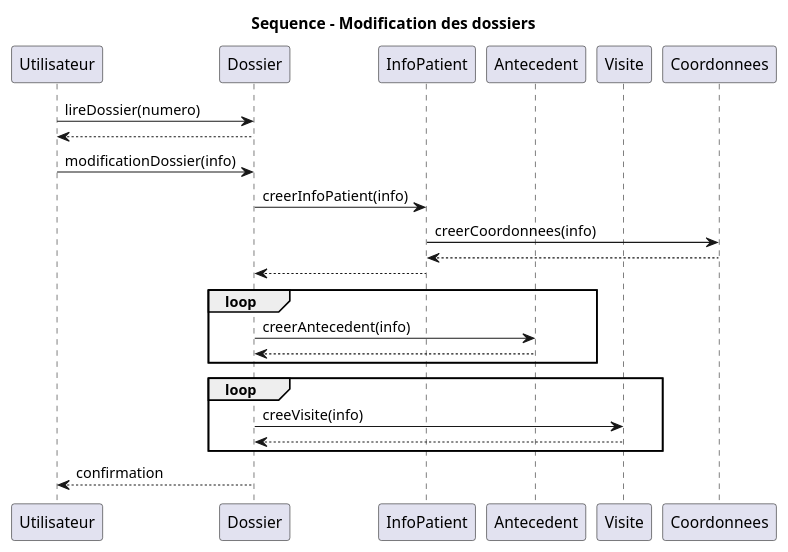
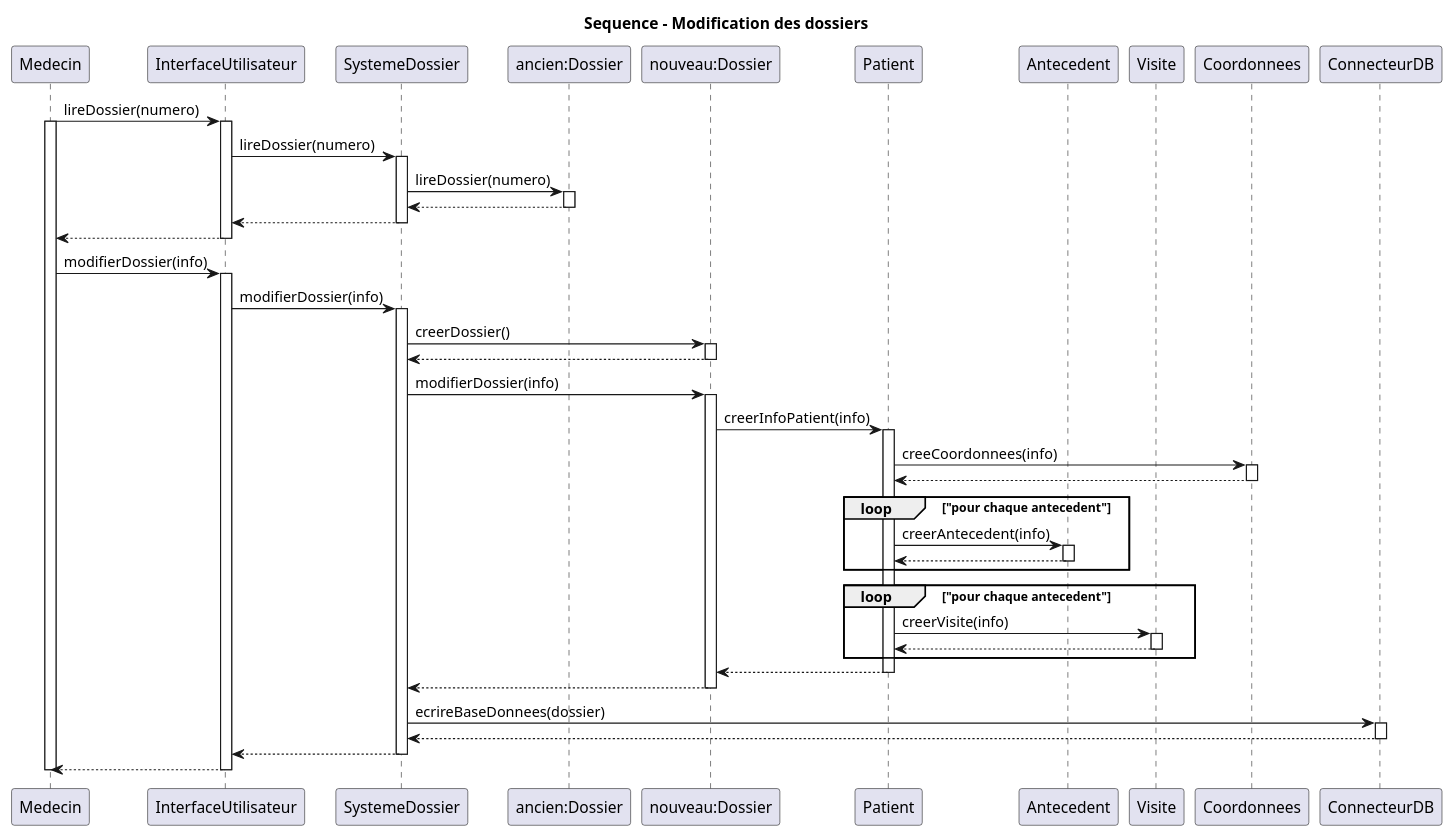
Before and after one commit to vbrayuqam/projet-genielog: the diagram in sequenceModificationDossier.puml, drawn with PlantUML. The commit also changed 1 other file, not shown here.

```diff
--- a/sequenceModificationDossier.puml
+++ b/sequenceModificationDossier.puml
@@ -1,29 +1,75 @@
 @startuml sequenceModificationPatient
 
 title Sequence - Modification des dossiers
 
-participant Utilisateur as U
-participant Dossier as D
-participant InfoPatient as I
+participant Medecin as M
+participant InterfaceUtilisateur as U
+participant SystemeDossier as S
+participant "ancien:Dossier" as D
+participant "nouveau:Dossier" as D2
+participant Patient as P
 participant Antecedent as A
 participant Visite as V
 participant Coordonnees as C
+participant ConnecteurDB as DB
 
-U -> D: lireDossier(numero)
-D --> U
-U -> D: modificationDossier(info)
-D -> I: creerInfoPatient(info)
-I -> C: creerCoordonnees(info)
-C --> I
-I --> D
-loop
-    D -> A: creerAntecedent(info)
-    A --> D
-end
-loop
-    D -> V: creeVisite(info)
-    V --> D
-end
-D --> U: confirmation
+
+M -> U: lireDossier(numero)
+activate M
+activate U
+U -> S: lireDossier(numero)
+activate S
+S -> D: lireDossier(numero)
+activate D
+D --> S
+deactivate D
+S --> U
+deactivate S
+U --> M
+deactivate U
+M -> U: modifierDossier(info)
+activate U
+U -> S: modifierDossier(info)
+activate S
+S -> D2: creerDossier()
+activate D2
+D2 --> S
+deactivate D2
+S -> D2: modifierDossier(info)
+activate D2
+D2 -> P: creerInfoPatient(info)
+activate P
+P -> C: creeCoordonnees(info)
+activate C
+C --> P
+deactivate C
+
+loop "pour chaque antecedent"
+  P -> A: creerAntecedent(info)
+  activate A
+  A --> P
+  deactivate A
+end loop
+
+loop "pour chaque antecedent"
+  P -> V: creerVisite(info)
+  activate V
+  V --> P
+  deactivate V
+end loop
+
+P --> D2
+deactivate P
+D2 --> S
+deactivate D2
+S -> DB: ecrireBaseDonnees(dossier)
+activate DB
+DB --> S
+deactivate DB
+S --> U
+deactivate S
+U --> M
+deactivate U
+deactivate M
 
 @enduml
```
